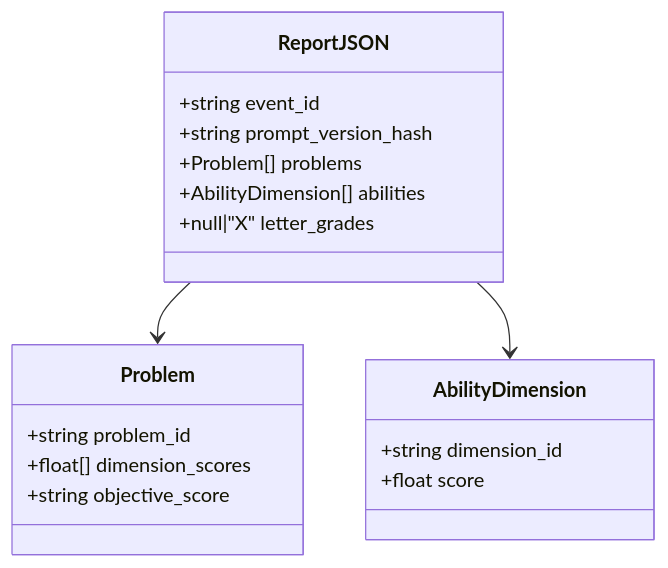
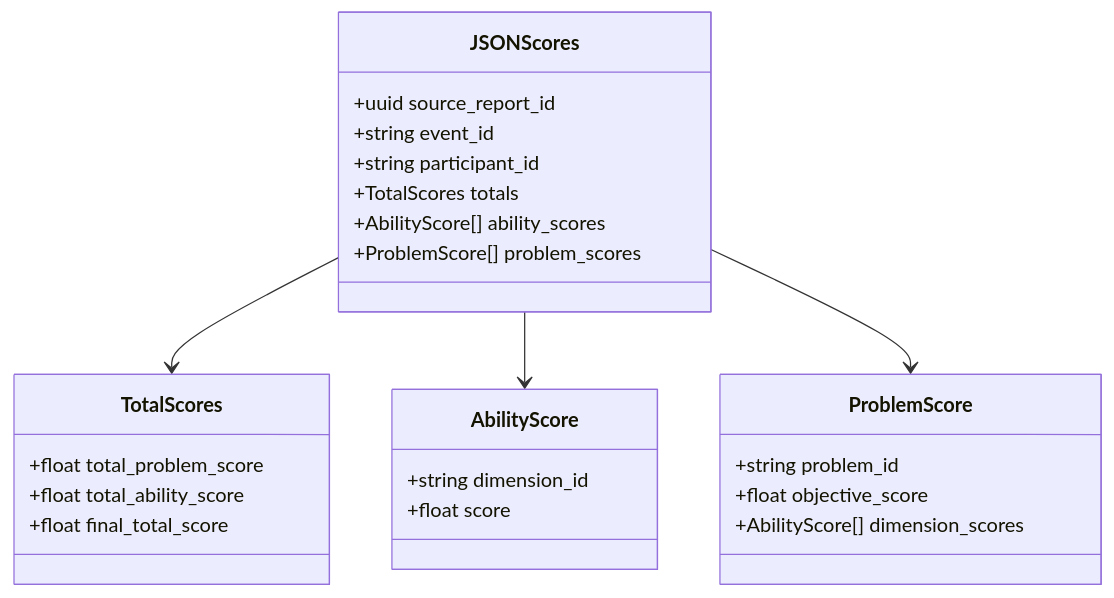
Before and after one commit to paideia-ai/tech-doc-axiia: the second of 7 diagrams in score-post-llm-pipeline/pipeline-design.md, drawn with Mermaid. The commit also changed other lines of this file and 3 other files, not shown here.

First line of the commit message:
Consolidate schemas and update docs per ip-02.md

````diff
--- a/score-post-llm-pipeline/pipeline-design.md
+++ b/score-post-llm-pipeline/pipeline-design.md
@@ -50,24 +65,32 @@
 ```mermaid
 classDiagram
-    class ReportJSON {
+    class JSONScores {
+        +uuid source_report_id
         +string event_id
-        +string prompt_version_hash
-        +Problem[] problems
-        +AbilityDimension[] abilities
-        +null|"X" letter_grades
+        +string participant_id
+        +TotalScores totals
+        +AbilityScore[] ability_scores
+        +ProblemScore[] problem_scores
     }
 
-    class Problem {
-        +string problem_id
-        +float[] dimension_scores
-        +string objective_score
+    class TotalScores {
+        +float total_problem_score
+        +float total_ability_score
+        +float final_total_score
     }
 
-    class AbilityDimension {
+    class AbilityScore {
         +string dimension_id
         +float score
     }
 
-    ReportJSON --> Problem
-    ReportJSON --> AbilityDimension
+    class ProblemScore {
+        +string problem_id
+        +float objective_score
+        +AbilityScore[] dimension_scores
+    }
+
+    JSONScores --> TotalScores
+    JSONScores --> AbilityScore
+    JSONScores --> ProblemScore
 ```
````
